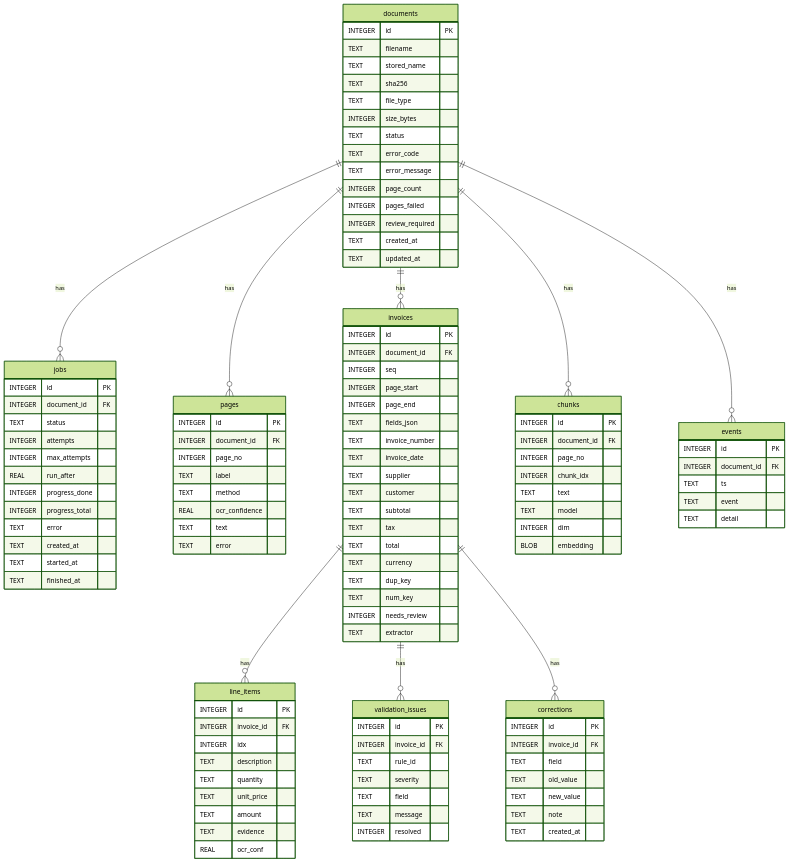
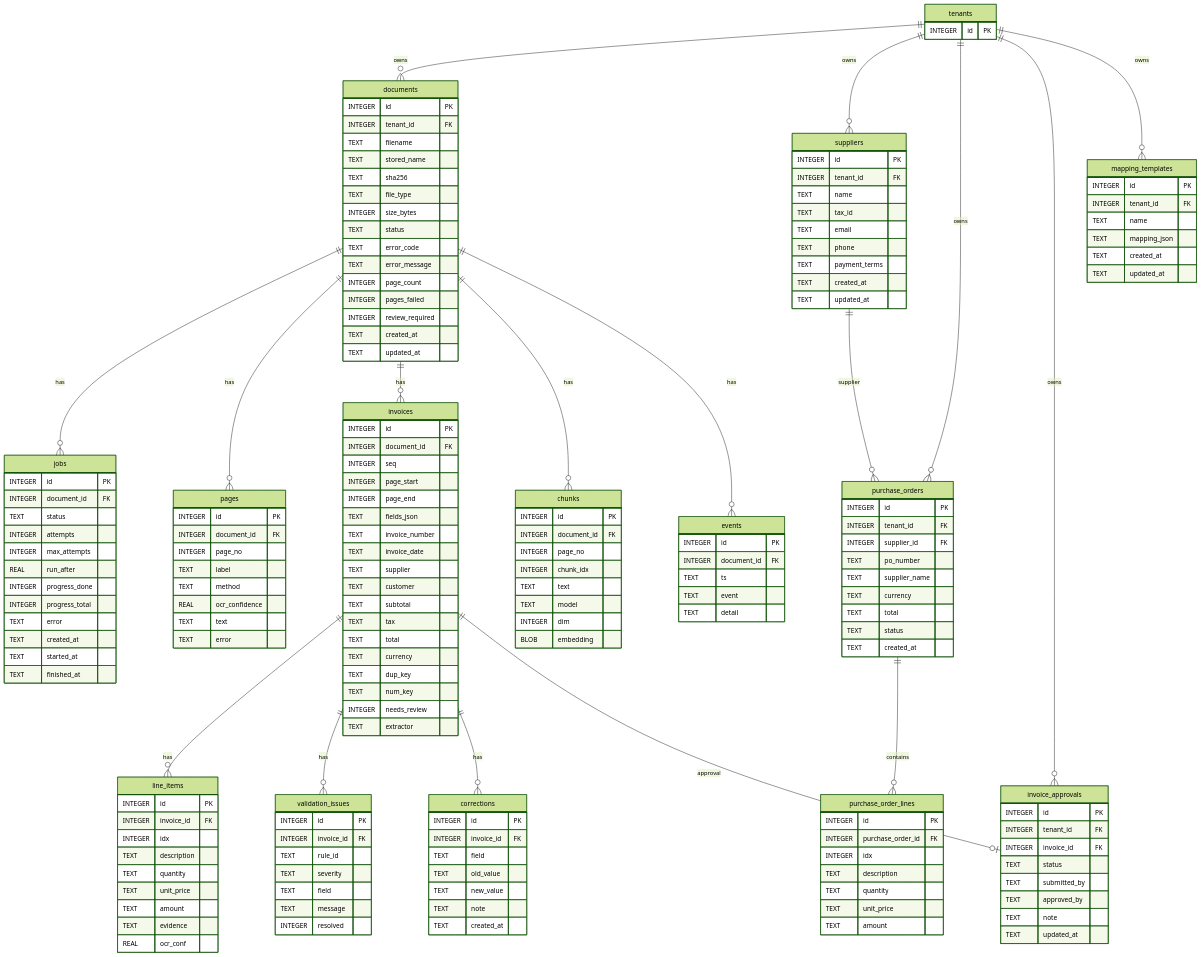
One commit to Yousuf-Hozaifa/docintel-document-intelligence-extended changed the diagram in docs/DATABASE.md. Above: the diagram before and after it, drawn with Mermaid (forest theme).

Commit message:
Add business workflow entities to database ERD

````diff
--- a/docs/DATABASE.md
+++ b/docs/DATABASE.md
@@ -7,7 +7,11 @@
 ```mermaid
 erDiagram
+  tenants {
+    INTEGER id PK
+  }
   documents {
     INTEGER id PK
+    INTEGER tenant_id FK
     TEXT filename
     TEXT stored_name
     TEXT sha256
@@ -105,6 +109,55 @@
     INTEGER dim
     BLOB embedding
   }
+  suppliers {
+    INTEGER id PK
+    INTEGER tenant_id FK
+    TEXT name
+    TEXT tax_id
+    TEXT email
+    TEXT phone
+    TEXT payment_terms
+    TEXT created_at
+    TEXT updated_at
+  }
+  purchase_orders {
+    INTEGER id PK
+    INTEGER tenant_id FK
+    INTEGER supplier_id FK
+    TEXT po_number
+    TEXT supplier_name
+    TEXT currency
+    TEXT total
+    TEXT status
+    TEXT created_at
+  }
+  purchase_order_lines {
+    INTEGER id PK
+    INTEGER purchase_order_id FK
+    INTEGER idx
+    TEXT description
+    TEXT quantity
+    TEXT unit_price
+    TEXT amount
+  }
+  invoice_approvals {
+    INTEGER id PK
+    INTEGER tenant_id FK
+    INTEGER invoice_id FK
+    TEXT status
+    TEXT submitted_by
+    TEXT approved_by
+    TEXT note
+    TEXT updated_at
+  }
+  mapping_templates {
+    INTEGER id PK
+    INTEGER tenant_id FK
+    TEXT name
+    TEXT mapping_json
+    TEXT created_at
+    TEXT updated_at
+  }
   events {
     INTEGER id PK
     INTEGER document_id FK
@@ -120,4 +173,12 @@
   invoices ||--o{ corrections : "has"
   documents ||--o{ chunks : "has"
   documents ||--o{ events : "has"
+  tenants ||--o{ documents : "owns"
+  tenants ||--o{ suppliers : "owns"
+  suppliers ||--o{ purchase_orders : "supplier"
+  tenants ||--o{ purchase_orders : "owns"
+  purchase_orders ||--o{ purchase_order_lines : "contains"
+  tenants ||--o{ invoice_approvals : "owns"
+  invoices ||--o| invoice_approvals : "approval"
+  tenants ||--o{ mapping_templates : "owns"
 ```
````
